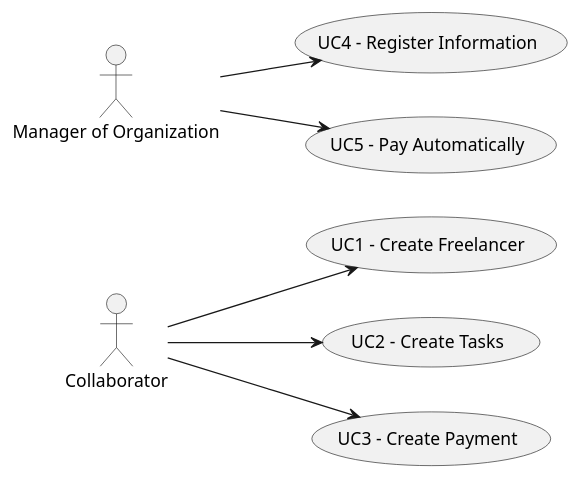
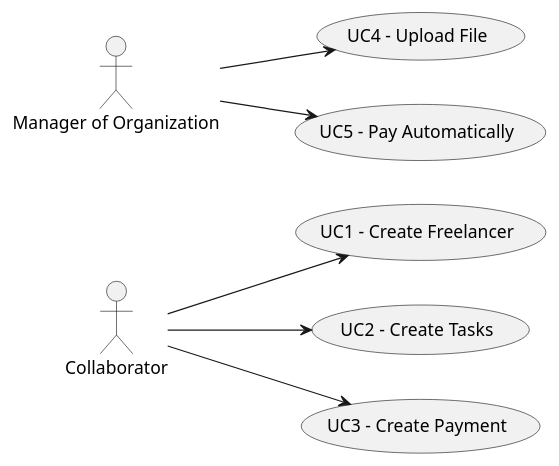
One commit to pedrolemos4/LAPR2 changed the diagram in docs/DUC.puml. Above: the diagram before and after it, drawn with PlantUML. The commit also changed 2 other files, not shown here.

```diff
--- a/docs/DUC.puml
+++ b/docs/DUC.puml
@@ -1,21 +1,21 @@
 @startuml
 
 usecase UC1 as "UC1 - Create Freelancer"
 usecase UC2 as "UC2 - Create Tasks"
 usecase UC3 as "UC3 - Create Payment"
-usecase UC4 as "UC4 - Register Information"
+usecase UC4 as "UC4 - Upload File"
 usecase UC5 as "UC5 - Pay Automatically"
 
 
 actor "Collaborator" as CO
 actor "Manager of Organization" as MO
 
 left to right direction
 CO --> (UC1)
 CO --> (UC2)
 CO --> (UC3)
 MO --> (UC4)
 
 MO -->(UC5)
 
 @enduml
```
